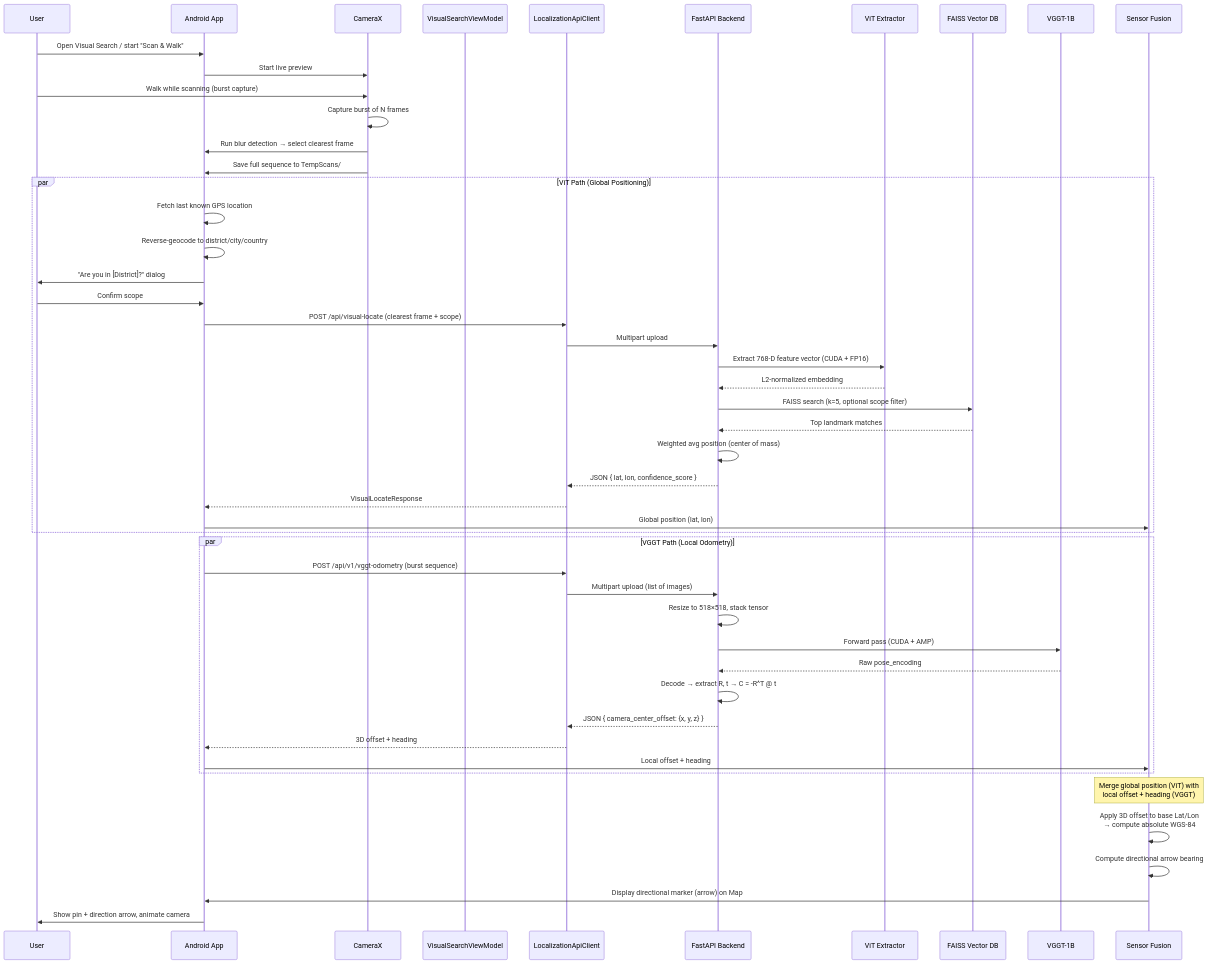
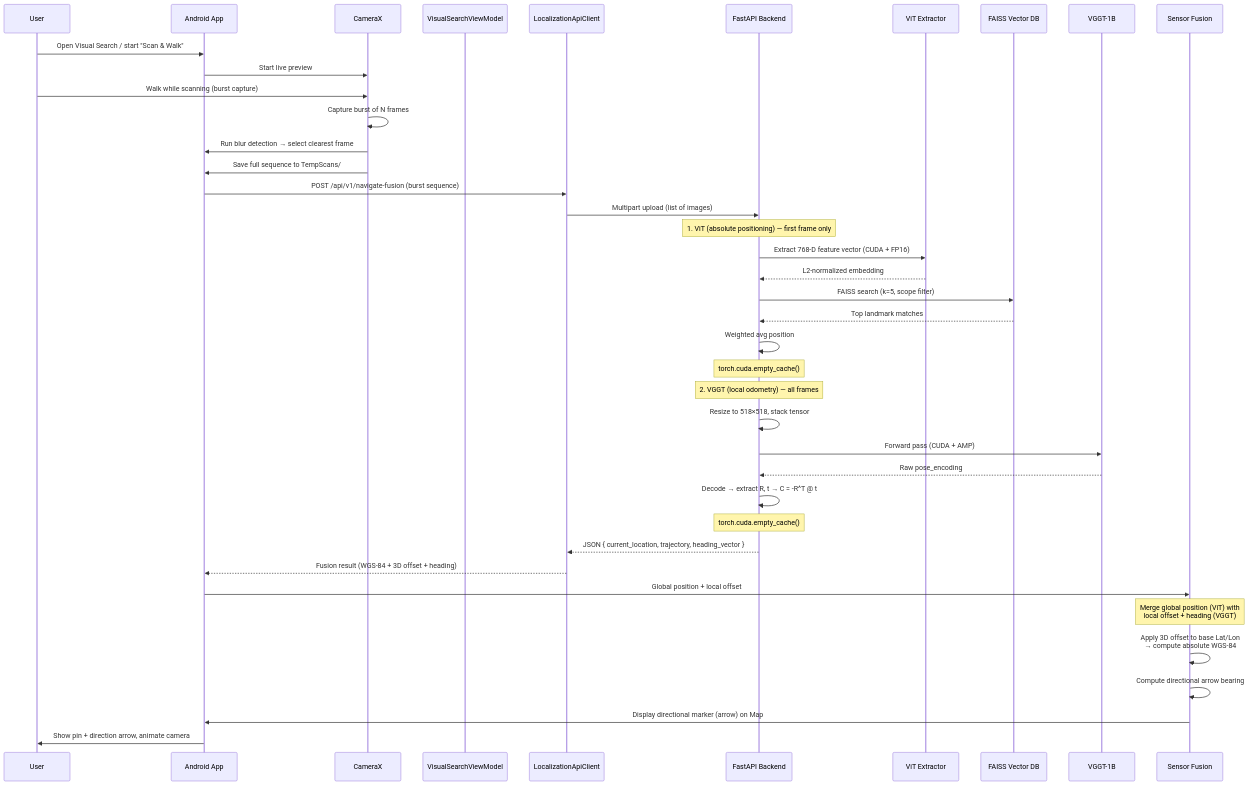
The diagram in PROJECT_ARCHITECTURE.md (NVGTNTeam-VGGT-AnyLock/Navigation-with-vggt-and-vit-anylock-), drawn with Mermaid before and after one commit. The commit also changed other lines of this file and 21 other files, not shown here.

````diff
--- a/PROJECT_ARCHITECTURE.md
+++ b/PROJECT_ARCHITECTURE.md
@@ -75,55 +91,45 @@
 ```mermaid
 sequenceDiagram
     participant User
     participant App as Android App
     participant Camera as CameraX
     participant VM as VisualSearchViewModel
     participant API as LocalizationApiClient
     participant Backend as FastAPI Backend
     participant ViT as ViT Extractor
     participant DB as FAISS Vector DB
     participant VGGT as VGGT-1B
     participant Fusion as Sensor Fusion
 
     User->>App: Open Visual Search / start "Scan & Walk"
     App->>Camera: Start live preview
     User->>Camera: Walk while scanning (burst capture)
     Camera->>Camera: Capture burst of N frames
     Camera->>App: Run blur detection → select clearest frame
     Camera->>App: Save full sequence to TempScans/
 
-    par ViT Path (Global Positioning)
-        App->>App: Fetch last known GPS location
-        App->>App: Reverse-geocode to district/city/country
-        App->>User: "Are you in [District]?" dialog
-        User->>App: Confirm scope
-        App->>API: POST /api/visual-locate (clearest frame + scope)
-        API->>Backend: Multipart upload
-        Backend->>ViT: Extract 768-D feature vector (CUDA + FP16)
-        ViT-->>Backend: L2-normalized embedding
-        Backend->>DB: FAISS search (k=5, optional scope filter)
-        DB-->>Backend: Top landmark matches
-        Backend->>Backend: Weighted avg position (center of mass)
-        Backend-->>API: JSON { lat, lon, confidence_score }
-        API-->>App: VisualLocateResponse
-        App->>Fusion: Global position (lat, lon)
-    end
-
-    par VGGT Path (Local Odometry)
-        App->>API: POST /api/v1/vggt-odometry (burst sequence)
-        API->>Backend: Multipart upload (list of images)
-        Backend->>Backend: Resize to 518×518, stack tensor
-        Backend->>VGGT: Forward pass (CUDA + AMP)
-        VGGT-->>Backend: Raw pose_encoding
-        Backend->>Backend: Decode → extract R, t → C = -R^T @ t
-        Backend-->>API: JSON { camera_center_offset: {x, y, z} }
-        API-->>App: 3D offset + heading
-        App->>Fusion: Local offset + heading
-    end
+    App->>API: POST /api/v1/navigate-fusion (burst sequence)
+    API->>Backend: Multipart upload (list of images)
+    Note over Backend: 1. ViT (absolute positioning) — first frame only
+    Backend->>ViT: Extract 768-D feature vector (CUDA + FP16)
+    ViT-->>Backend: L2-normalized embedding
+    Backend->>DB: FAISS search (k=5, scope filter)
+    DB-->>Backend: Top landmark matches
+    Backend->>Backend: Weighted avg position
+    Note over Backend: torch.cuda.empty_cache()
+    Note over Backend: 2. VGGT (local odometry) — all frames
+    Backend->>Backend: Resize to 518×518, stack tensor
+    Backend->>VGGT: Forward pass (CUDA + AMP)
+    VGGT-->>Backend: Raw pose_encoding
+    Backend->>Backend: Decode → extract R, t → C = -R^T @ t
+    Note over Backend: torch.cuda.empty_cache()
+    Backend-->>API: JSON { current_location, trajectory, heading_vector }
+    API-->>App: Fusion result (WGS-84 + 3D offset + heading)
+    App->>Fusion: Global position + local offset
 
     Note over Fusion: Merge global position (ViT) with<br/>local offset + heading (VGGT)
     Fusion->>Fusion: Apply 3D offset to base Lat/Lon<br/>→ compute absolute WGS-84
     Fusion->>Fusion: Compute directional arrow bearing
     Fusion->>App: Display directional marker (arrow) on Map
     App->>User: Show pin + direction arrow, animate camera
 ```
````
